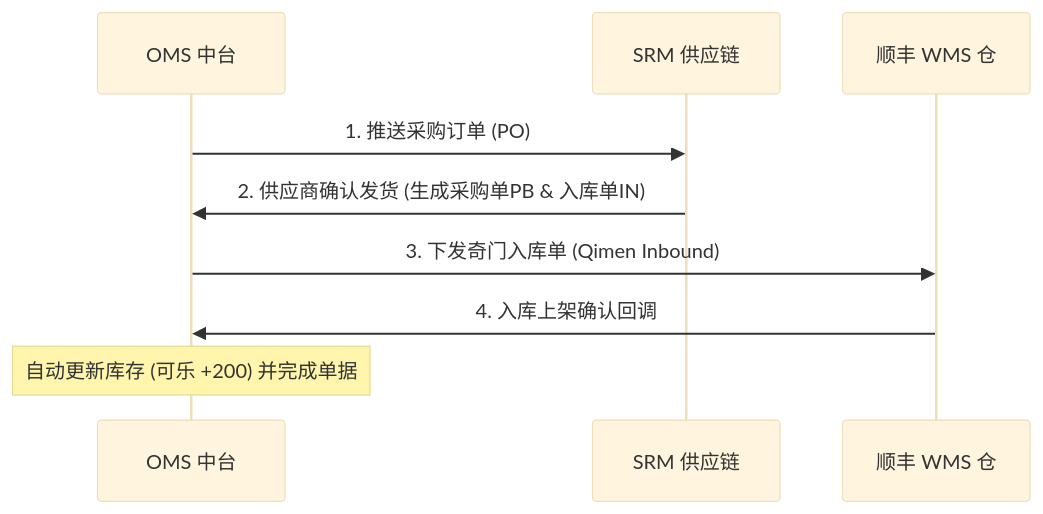
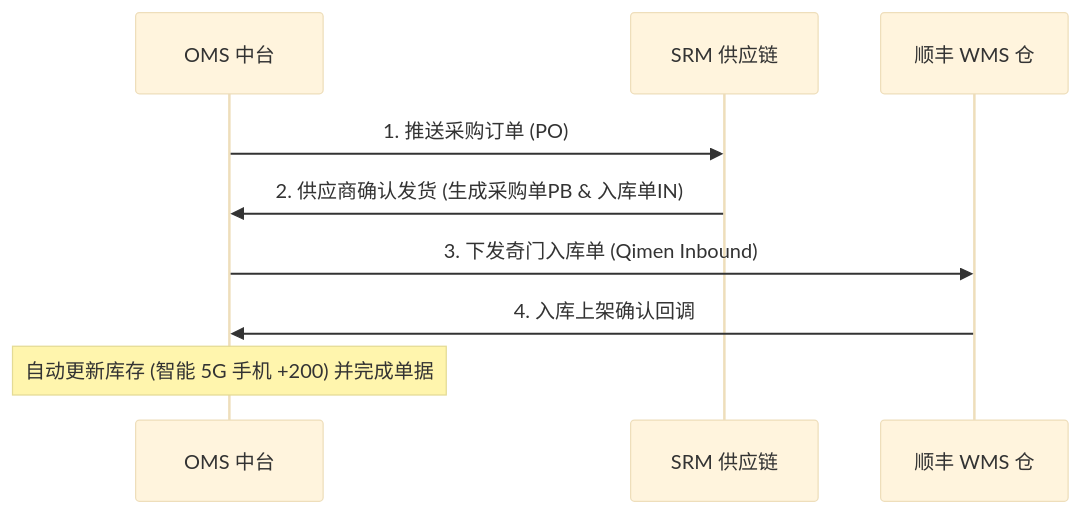
Before and after one commit to LOSKING/oms-demo: the second of 5 diagrams in README.md, drawn with Mermaid (base theme). The commit also changed other lines of this file and 4 other files, not shown here.

````diff
--- a/README.md
+++ b/README.md
@@ -70,11 +70,11 @@
 ```mermaid
 sequenceDiagram
     participant OMS as OMS 中台
     participant SRM as SRM 供应链
     participant WMS as 顺丰 WMS 仓
     OMS->>SRM: 1. 推送采购订单 (PO)
     SRM->>OMS: 2. 供应商确认发货 (生成采购单PB & 入库单IN)
     OMS->>WMS: 3. 下发奇门入库单 (Qimen Inbound)
     WMS->>OMS: 4. 入库上架确认回调
-    Note over OMS: 自动更新库存 (可乐 +200) 并完成单据
+    Note over OMS: 自动更新库存 (智能 5G 手机 +200) 并完成单据
 ```
````
